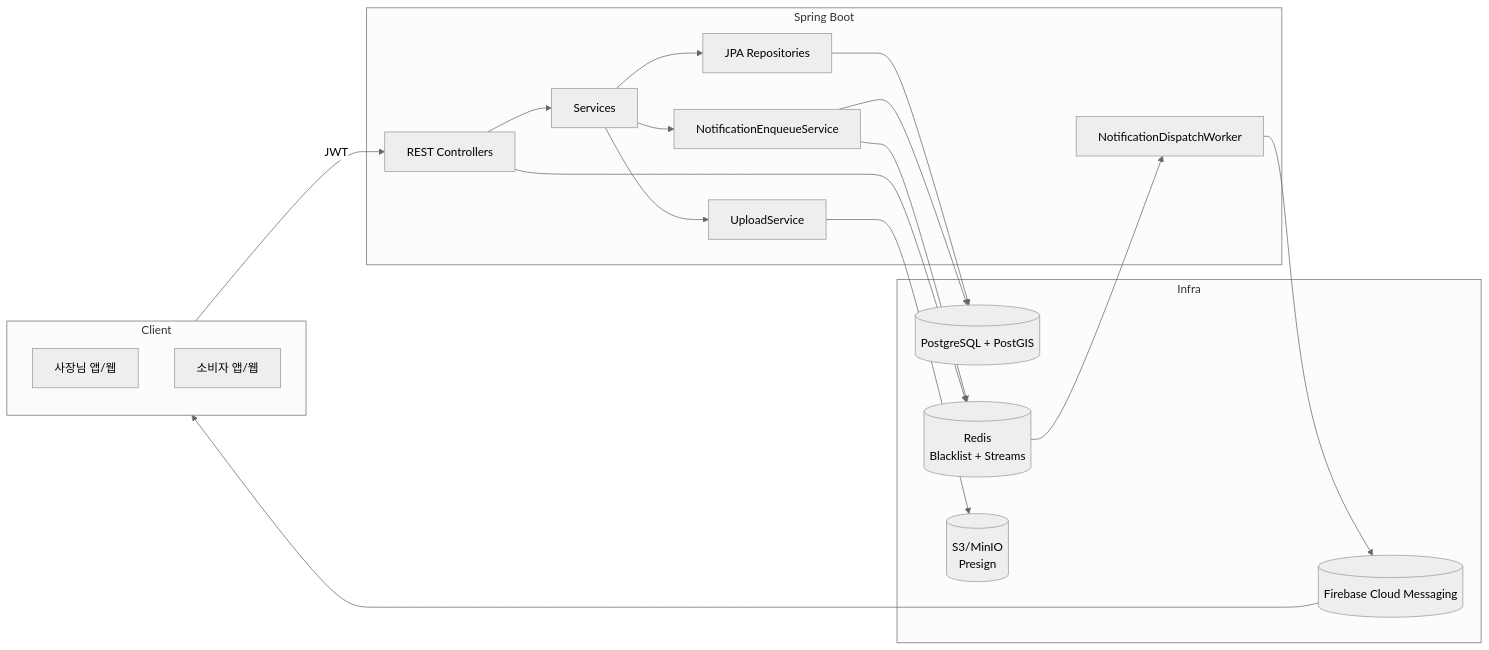
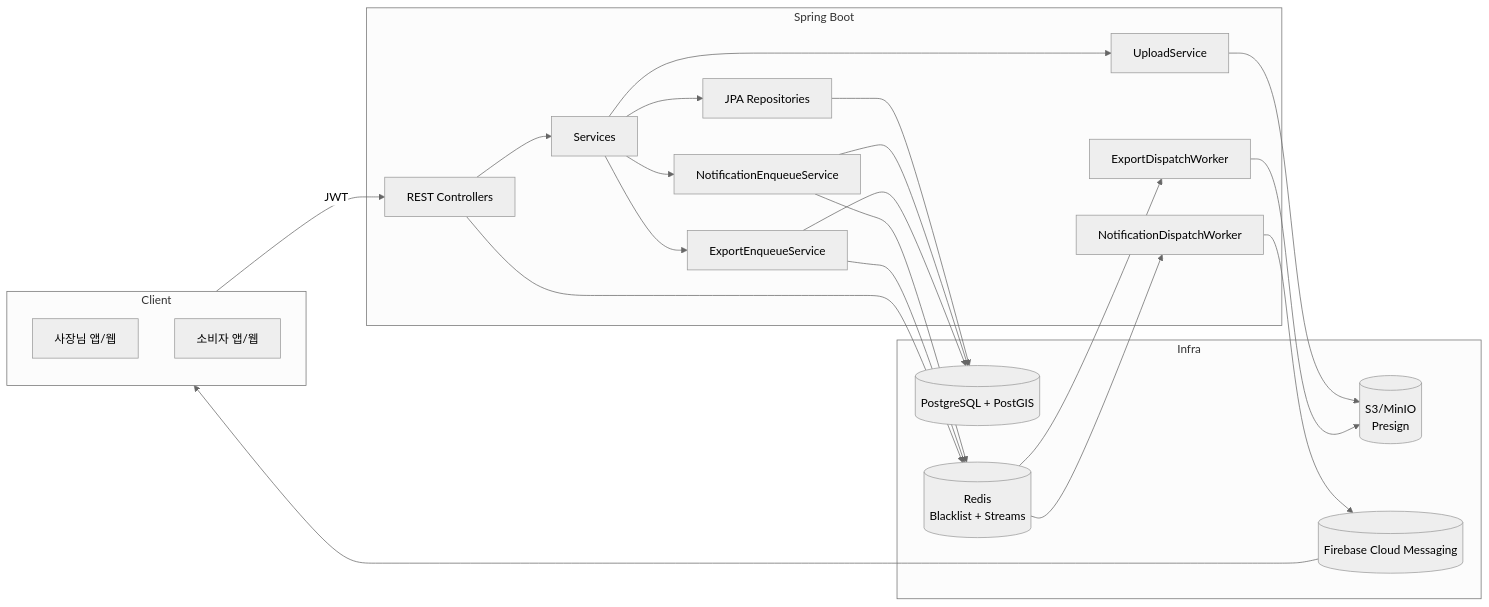
The diagram in doc/architecture.md (goorm-ynot/dandi-onna-be), drawn with Mermaid (neutral theme) before and after one commit. The commit also changed other lines of this file and 20 other files, not shown here.

````diff
--- a/doc/architecture.md
+++ b/doc/architecture.md
@@ -3,37 +3,43 @@
 ```mermaid
 flowchart LR
   subgraph Client
     OwnerApp[사장님 앱/웹]
     ConsumerApp[소비자 앱/웹]
   end
 
   subgraph Backend[Spring Boot]
     API[REST Controllers]
     Service[Services]
     Repo[JPA Repositories]
     Upload[UploadService]
     NotifyEnq[NotificationEnqueueService]
     Worker[NotificationDispatchWorker]
+    ExportEnq[ExportEnqueueService]
+    ExportWorker[ExportDispatchWorker]
   end
 
   subgraph Infra
     DB[(PostgreSQL + PostGIS)]
     Redis[(Redis
 Blacklist + Streams)]
     S3[(S3/MinIO
 Presign)]
     FCMApi[(Firebase Cloud Messaging)]
   end
 
   Client -->|JWT| API
   API --> Service
   Service --> Repo --> DB
   Service --> Upload --> S3
 
   Service --> NotifyEnq --> DB
   NotifyEnq --> Redis
   Redis --> Worker --> FCMApi
   FCMApi --> Client
 
+  Service --> ExportEnq --> DB
+  ExportEnq --> Redis
+  Redis --> ExportWorker --> S3
+
   API --> Redis
 ```
````
